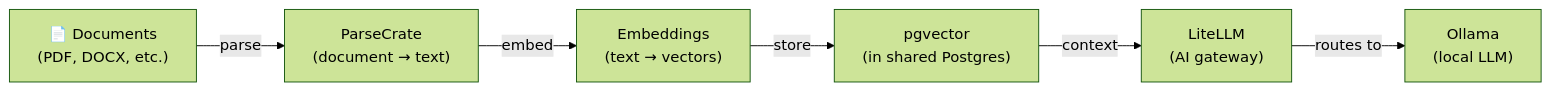
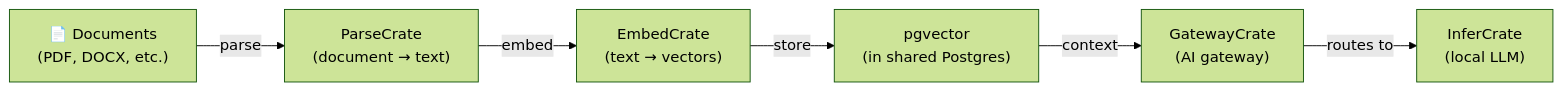
Before and after one commit to hwdsl2/self-hosted-ai-stack: the diagram in stacks/rag-pipeline-full/README.md, drawn with Mermaid (forest theme). The commit also changed other lines of this file and 47 other files, not shown here.

````diff
--- a/stacks/rag-pipeline-full/README.md
+++ b/stacks/rag-pipeline-full/README.md
@@ -17,8 +17,8 @@
 ```mermaid
 graph LR
     D["📄 Documents<br/>(PDF, DOCX, etc.)"] -->|parse| DC["ParseCrate<br/>(document → text)"]
-    DC -->|embed| E["Embeddings<br/>(text → vectors)"]
+    DC -->|embed| E["EmbedCrate<br/>(text → vectors)"]
     E -->|store| VDB["pgvector<br/>(in shared Postgres)"]
-    VDB -->|context| L["LiteLLM<br/>(AI gateway)"]
-    L -->|routes to| O["Ollama<br/>(local LLM)"]
+    VDB -->|context| L["GatewayCrate<br/>(AI gateway)"]
+    L -->|routes to| O["InferCrate<br/>(local LLM)"]
 ```
````
